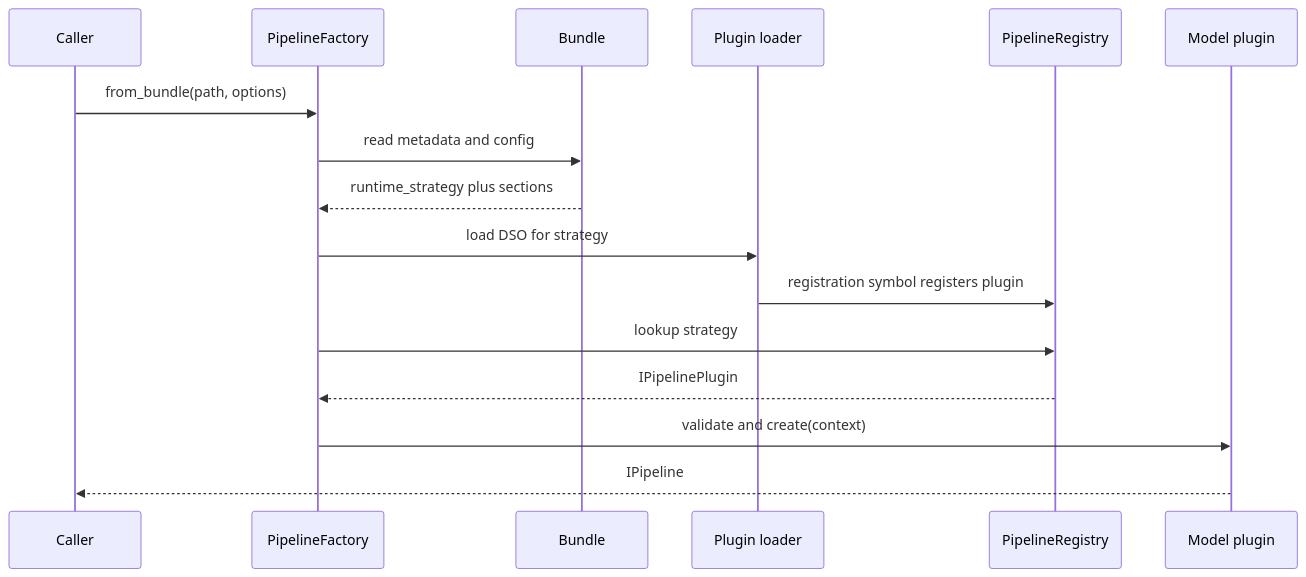
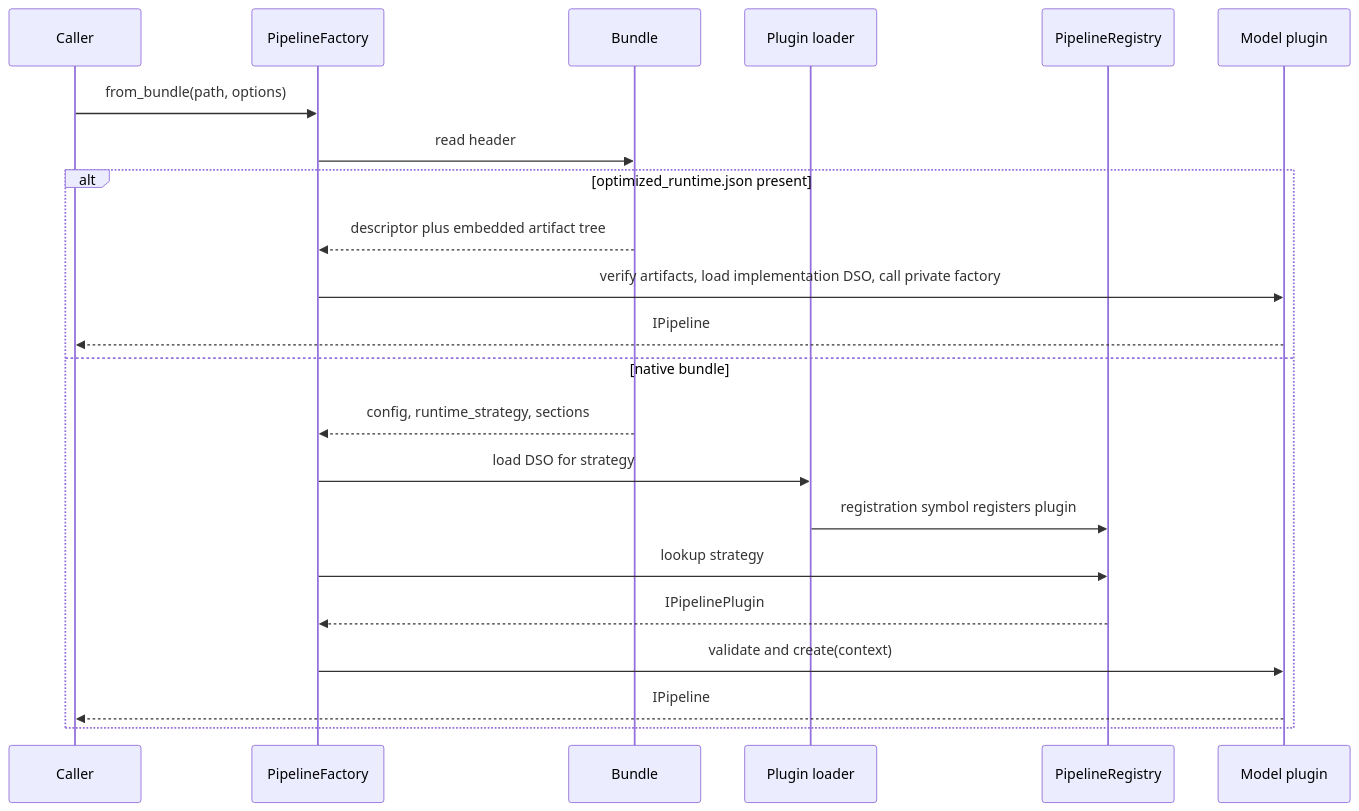
The second of 2 diagrams in website/docs/wiki/Dynamic-Design.md (NVIDIA/TensorRT-Model-Connect), drawn with Mermaid before and after one commit. The commit also changed other lines of this file and 76 other files, not shown here.

````diff
--- a/website/docs/wiki/Dynamic-Design.md
+++ b/website/docs/wiki/Dynamic-Design.md
@@ -32,19 +37,25 @@
 ```mermaid
 sequenceDiagram
   participant Caller
   participant Factory as PipelineFactory
   participant Bundle
   participant Loader as Plugin loader
   participant Registry as PipelineRegistry
   participant Plugin as Model plugin
 
   Caller->>Factory: from_bundle(path, options)
-  Factory->>Bundle: read metadata and config
-  Bundle-->>Factory: runtime_strategy plus sections
-  Factory->>Loader: load DSO for strategy
-  Loader->>Registry: registration symbol registers plugin
-  Factory->>Registry: lookup strategy
-  Registry-->>Factory: IPipelinePlugin
-  Factory->>Plugin: validate and create(context)
-  Plugin-->>Caller: IPipeline
+  Factory->>Bundle: read header
+  alt optimized_runtime.json present
+    Bundle-->>Factory: descriptor plus embedded artifact tree
+    Factory->>Plugin: verify artifacts, load implementation DSO, call private factory
+    Plugin-->>Caller: IPipeline
+  else native bundle
+    Bundle-->>Factory: config, runtime_strategy, sections
+    Factory->>Loader: load DSO for strategy
+    Loader->>Registry: registration symbol registers plugin
+    Factory->>Registry: lookup strategy
+    Registry-->>Factory: IPipelinePlugin
+    Factory->>Plugin: validate and create(context)
+    Plugin-->>Caller: IPipeline
+  end
 ```
````
